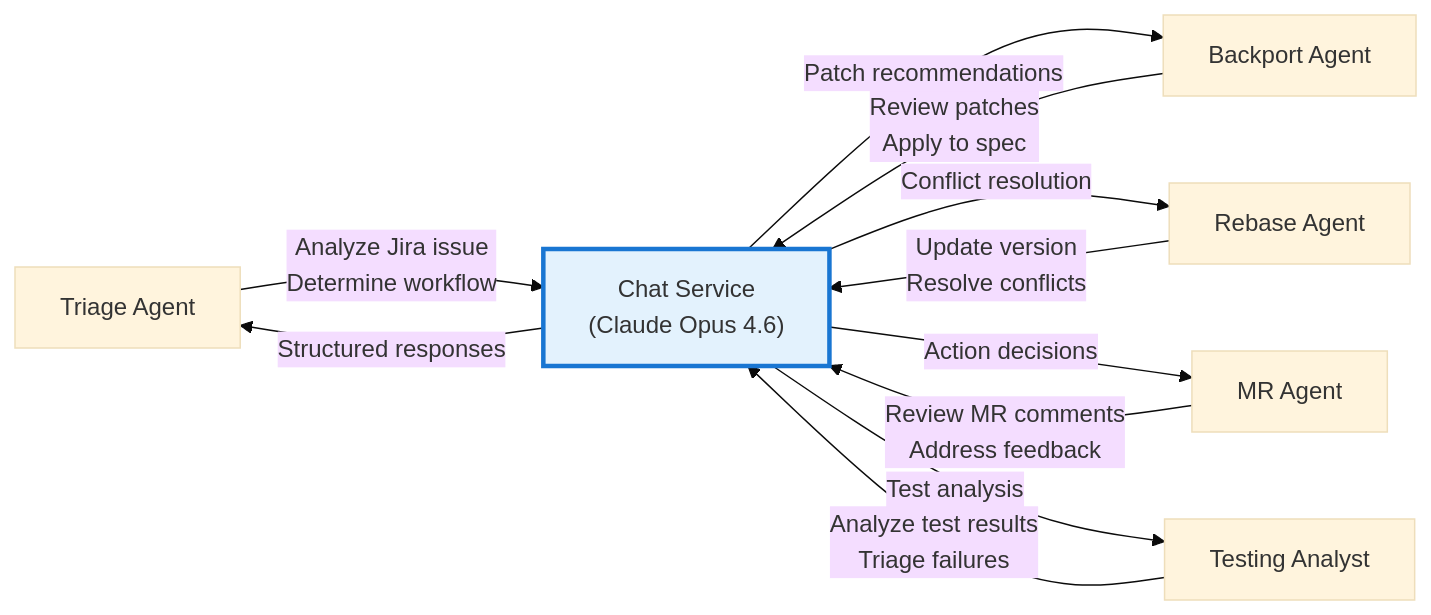
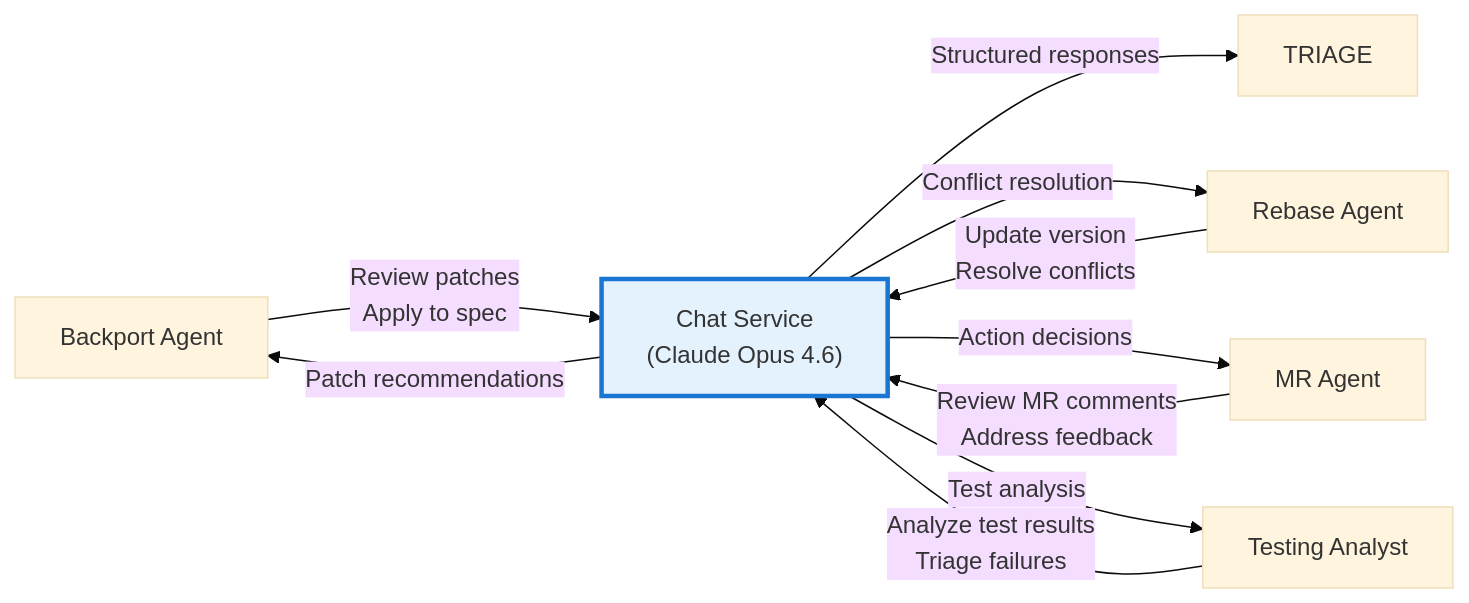
The third of 3 diagrams in ai_providers_data_flow.md (packit/ai-workflows), drawn with Mermaid (base theme) before and after one commit. The commit also changed other lines of this file and 19 other files, not shown here.

First line of the commit message:
Port triage workflow to Pydantic AI

````diff
--- a/ai_providers_data_flow.md
+++ b/ai_providers_data_flow.md
@@ -102,24 +109,22 @@
 ```mermaid
 flowchart LR
-    TRIAGE["Triage Agent"]
     BACKPORT["Backport Agent"]
     REBASE["Rebase Agent"]
     MR_AGENT["MR Agent"]
     TESTING["Testing Analyst"]
 
     CHAT["Chat Service<br/>(Claude Opus 4.6)"]
 
-    TRIAGE -->|"Analyze Jira issue<br/>Determine workflow"| CHAT
     BACKPORT -->|"Review patches<br/>Apply to spec"| CHAT
     REBASE -->|"Update version<br/>Resolve conflicts"| CHAT
     MR_AGENT -->|"Review MR comments<br/>Address feedback"| CHAT
     TESTING -->|"Analyze test results<br/>Triage failures"| CHAT
 
     CHAT -->|"Structured responses"| TRIAGE
     CHAT -->|"Patch recommendations"| BACKPORT
     CHAT -->|"Conflict resolution"| REBASE
     CHAT -->|"Action decisions"| MR_AGENT
     CHAT -->|"Test analysis"| TESTING
 
     style CHAT fill:#e3f2fd,stroke:#1976d2,stroke-width:3px
 ```
````
